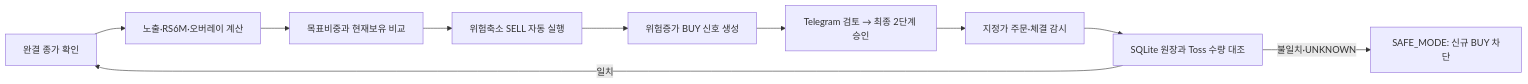
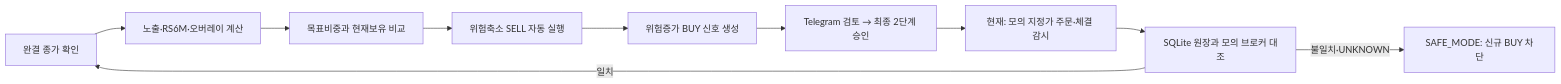
One commit to hwanff11/JD_HOLDINGS changed the diagram in docs/ONE_PAGE_REPORT.md. Above: the diagram before and after it, drawn with Mermaid. The commit also changed other lines of this file and 45 other files, not shown here.

```diff
--- a/docs/ONE_PAGE_REPORT.md
+++ b/docs/ONE_PAGE_REPORT.md
@@ -38,12 +40,12 @@
 ~~~mermaid
 flowchart LR
     A["완결 종가 확인"] --> B["노출·RS6M·오버레이 계산"]
     B --> C["목표비중과 현재보유 비교"]
     C --> D["위험축소 SELL 자동 실행"]
     D --> E["위험증가 BUY 신호 생성"]
     E --> F["Telegram 검토 → 최종 2단계 승인"]
-    F --> G["지정가 주문·체결 감시"]
-    G --> H["SQLite 원장과 Toss 수량 대조"]
+    F --> G["현재: 모의 지정가 주문·체결 감시"]
+    G --> H["SQLite 원장과 모의 브로커 대조"]
     H -->|"일치"| A
     H -->|"불일치·UNKNOWN"| I["SAFE_MODE: 신규 BUY 차단"]
 ~~~
```
